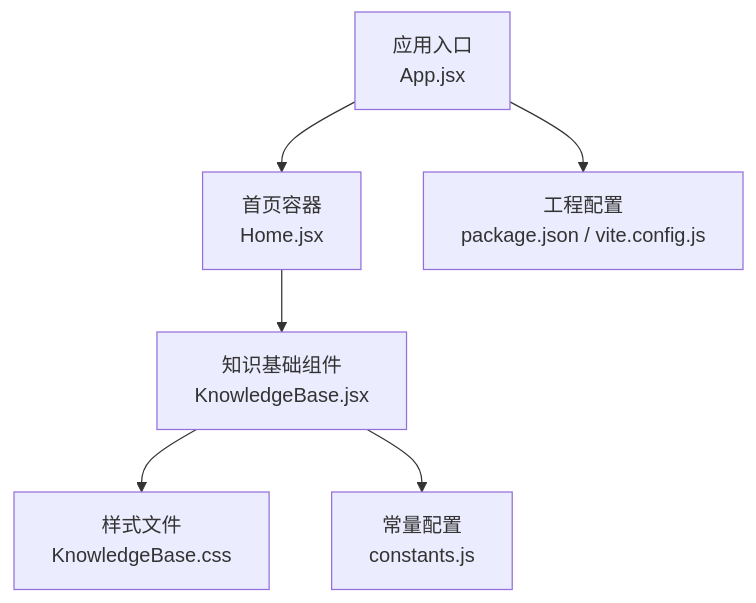
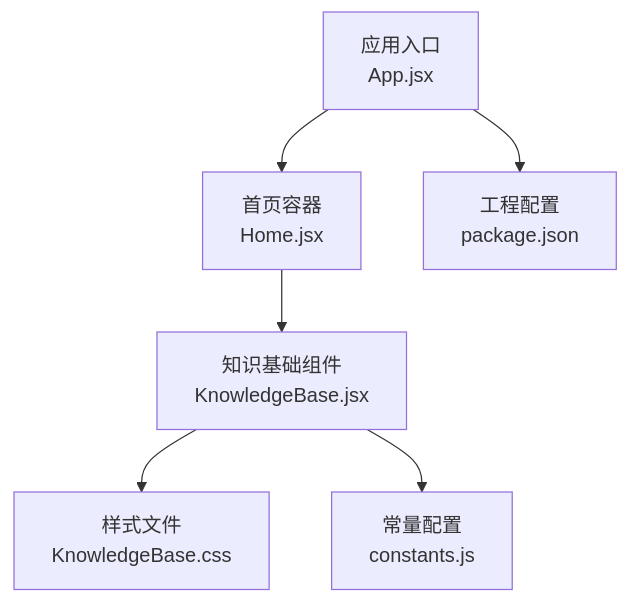
One commit to lithos666/lithos666.github.io changed the first of 4 diagrams in .qoder/repowiki/zh/content/核心功能模块/知识基础组件.md. Above: the diagram before and after it, drawn with Mermaid. The commit also changed other lines of this file and 30 other files, not shown here.

````diff
--- a/.qoder/repowiki/zh/content/核心功能模块/知识基础组件.md
+++ b/.qoder/repowiki/zh/content/核心功能模块/知识基础组件.md
@@ -43,8 +50,8 @@
 ```mermaid
 graph TB
 A["应用入口<br/>App.jsx"] --> B["首页容器<br/>Home.jsx"]
 B --> C["知识基础组件<br/>KnowledgeBase.jsx"]
 C --> D["样式文件<br/>KnowledgeBase.css"]
 C --> E["常量配置<br/>constants.js"]
-A --> F["工程配置<br/>package.json / vite.config.js"]
+A --> F["工程配置<br/>package.json"]
 ```
````
